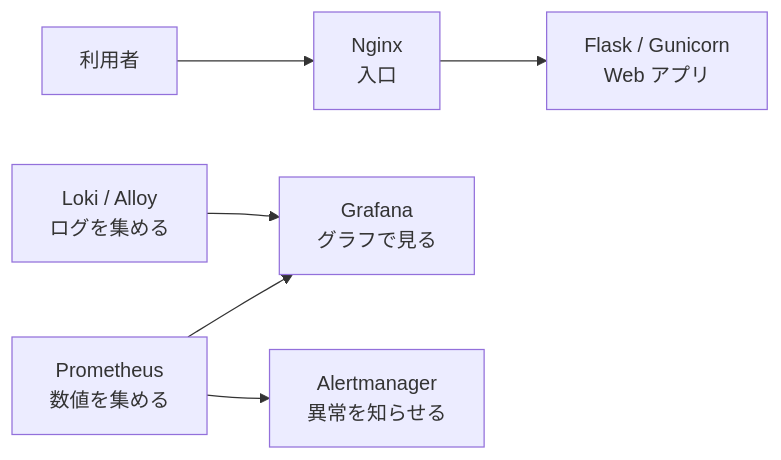
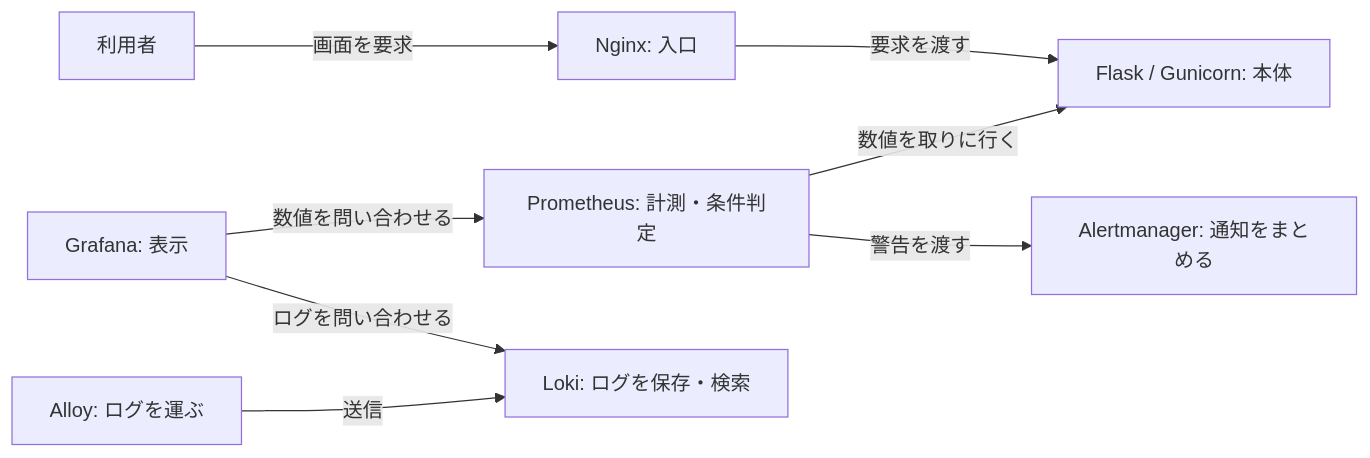
The diagram in README.md (ns7jp/ns7jp), drawn with Mermaid before and after one commit. The commit also changed other lines of this file and 5 other files, not shown here.

````diff
--- a/README.md
+++ b/README.md
@@ -30,8 +30,10 @@
 ```mermaid
 flowchart LR
-    U[利用者] --> N[Nginx<br>入口]
-    N --> A[Flask / Gunicorn<br>Web アプリ]
-    P[Prometheus<br>数値を集める] --> G[Grafana<br>グラフで見る]
-    L[Loki / Alloy<br>ログを集める] --> G
-    P --> M[Alertmanager<br>異常を知らせる]
+    U[利用者] -->|画面を要求| N[Nginx: 入口]
+    N -->|要求を渡す| A[Flask / Gunicorn: 本体]
+    P[Prometheus: 計測・条件判定] -->|数値を取りに行く| A
+    G[Grafana: 表示] -->|数値を問い合わせる| P
+    C[Alloy: ログを運ぶ] -->|送信| L[Loki: ログを保存・検索]
+    G -->|ログを問い合わせる| L
+    P -->|警告を渡す| M[Alertmanager: 通知をまとめる]
 ```
````
